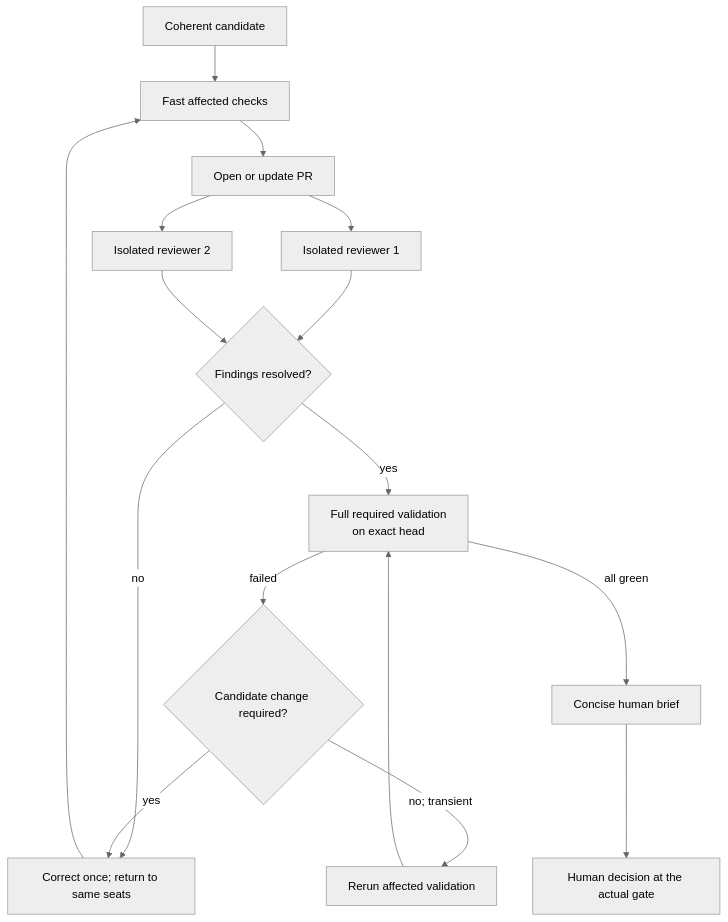
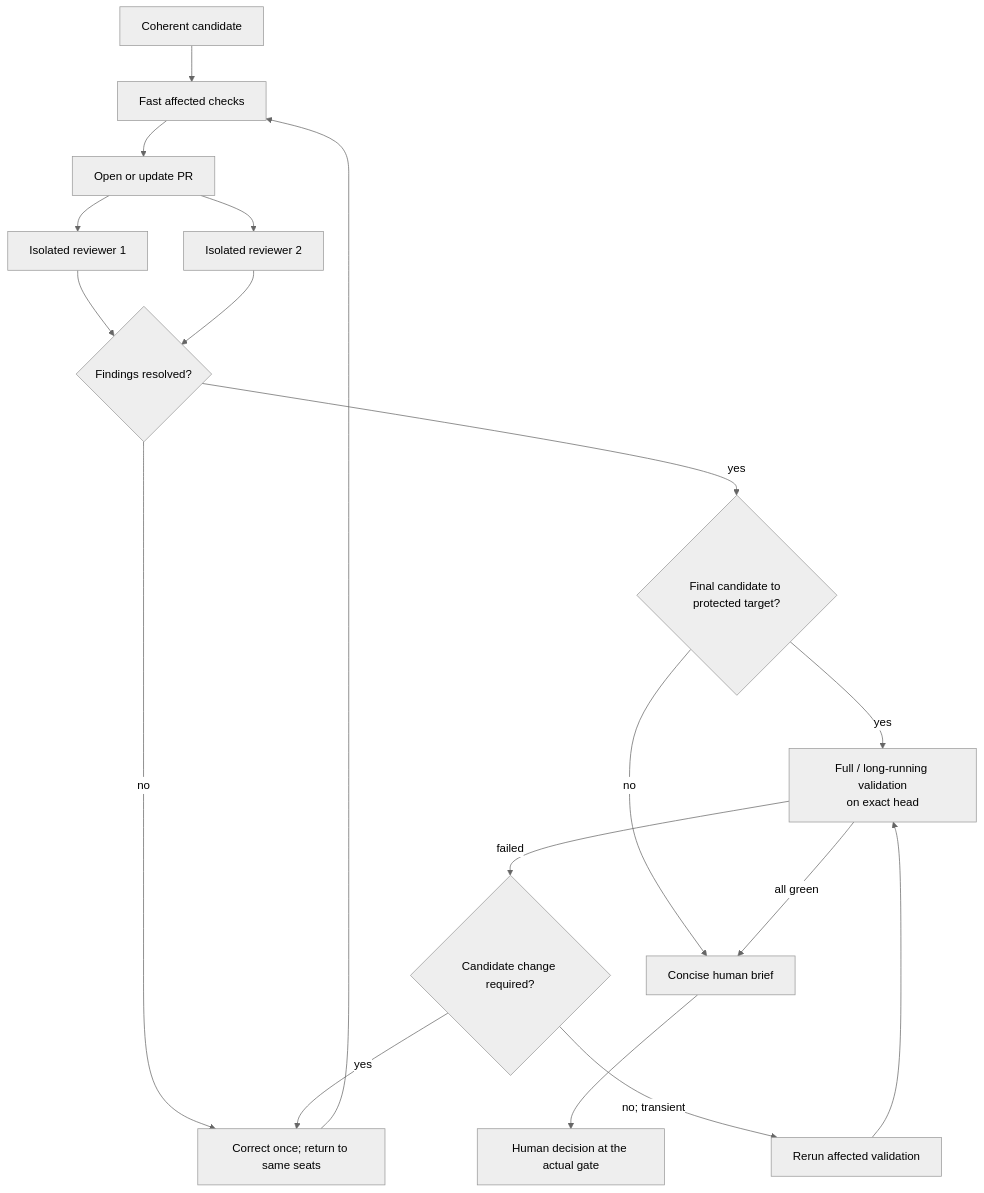
The ninth of 12 diagrams in README.md (hhhhhusky777/spec-driven-delivery-playbook), drawn with Mermaid (neutral theme) before and after one commit. The commit also changed other lines of this file and 8 other files, not shown here.

Commit message:
docs: simplify failure handling and final validation

````diff
--- a/README.md
+++ b/README.md
@@ -397,18 +404,20 @@
 ```mermaid
 flowchart TD
     C["Coherent candidate"] --> F["Fast affected checks"]
     F --> P["Open or update PR"]
     P --> R1["Isolated reviewer 1"]
     P --> R2["Isolated reviewer 2"]
     R1 --> J{"Findings resolved?"}
     R2 --> J
     J -->|"no"| X["Correct once; return to same seats"]
     X --> F
-    J -->|"yes"| V["Full required validation<br/>on exact head"]
+    J -->|"yes"| G{"Final candidate to protected target?"}
+    G -->|"no"| B["Task PR human brief"]
+    G -->|"yes"| V["Full / long-running validation<br/>on exact head"]
     V -->|"failed"| D{"Candidate change required?"}
     D -->|"yes"| X
     D -->|"no; transient"| Q["Rerun affected validation"]
     Q --> V
     V -->|"all green"| B["Concise human brief"]
     B --> H["Human decision at the actual gate"]
 ```
````
